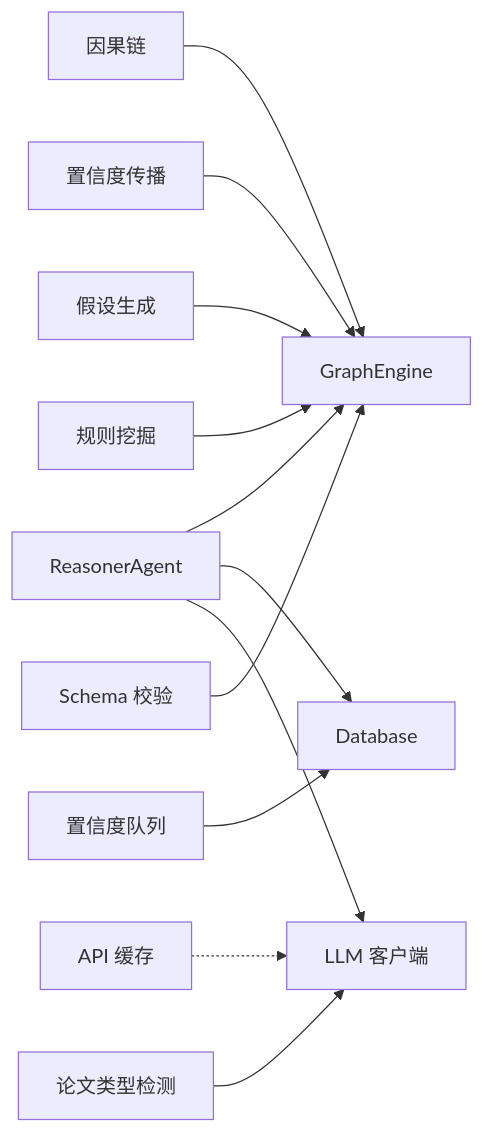
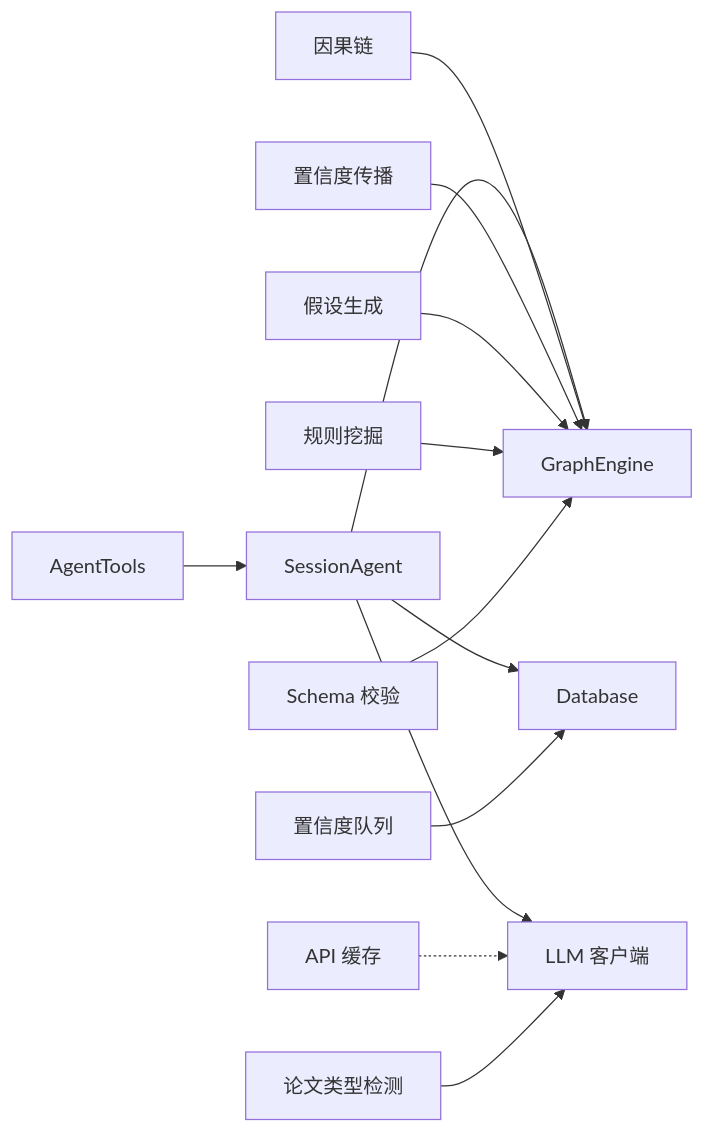
One commit to UynajGI/drbrain changed diagram 14 of 14 in .qoder/repowiki/zh/content/核心模块详解/推理引擎模块/推理引擎核心.md. Above: the diagram before and after it, drawn with Mermaid. The commit also changed other lines of this file and 6 other files, not shown here.

````diff
--- a/.qoder/repowiki/zh/content/核心模块详解/推理引擎模块/推理引擎核心.md
+++ b/.qoder/repowiki/zh/content/核心模块详解/推理引擎模块/推理引擎核心.md
@@ -446,14 +501,15 @@
 ```mermaid
 graph LR
-RA["ReasonerAgent"] --> GE["GraphEngine"]
-RA --> DB["Database"]
-RA --> LLM["LLM 客户端"]
+SA["SessionAgent"] --> GE["GraphEngine"]
+SA --> DB["Database"]
+SA --> LLM["LLM 客户端"]
+AT["AgentTools"] --> SA
 CC["因果链"] --> GE
 CP["置信度传播"] --> GE
 HYP["假设生成"] --> GE
 RM["规则挖掘"] --> GE
 Q["置信度队列"] --> DB
 CACHE["API 缓存"] -.-> LLM
 DET["论文类型检测"] --> LLM
 SC["Schema 校验"] --> GE
 ```
````
